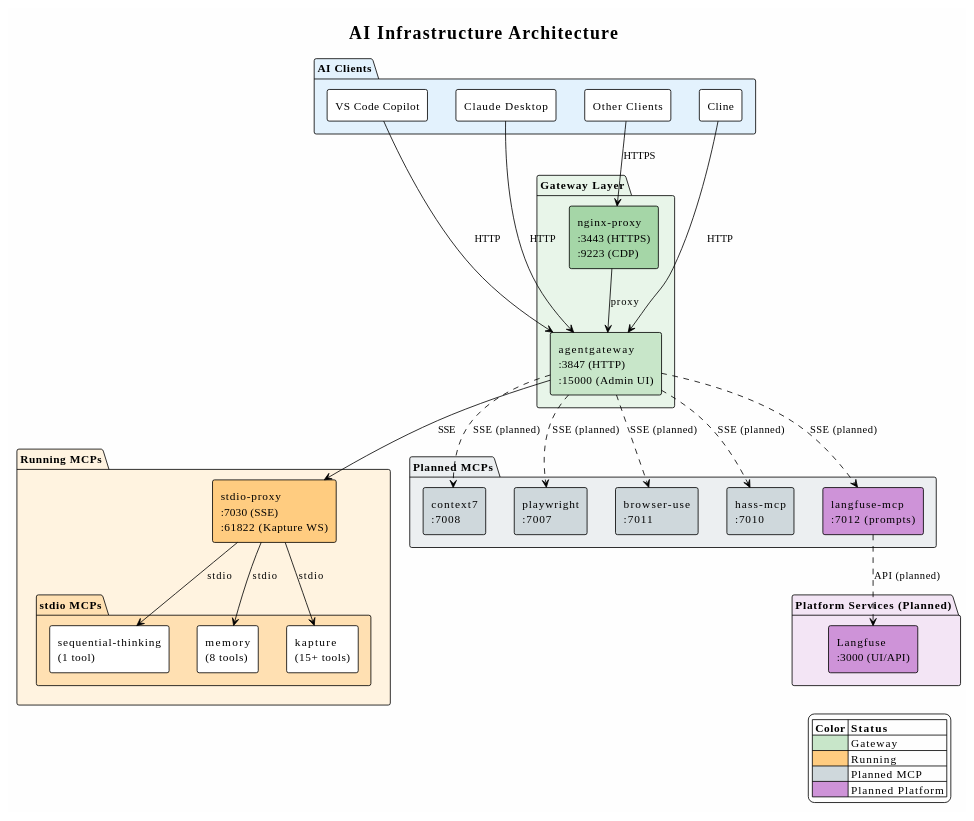
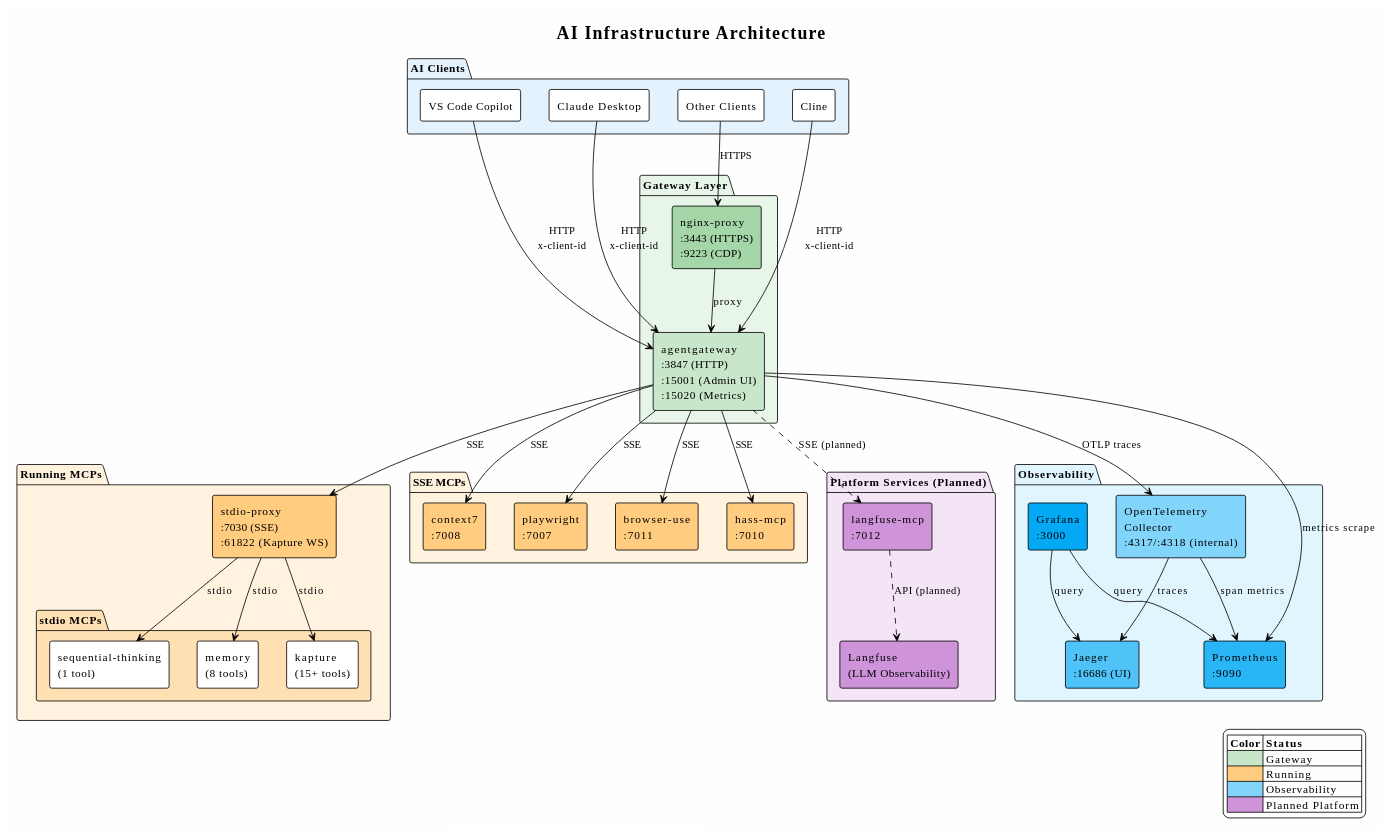
The first of 2 diagrams in README.md (bobthearsonist/ai-infrastructure), drawn with PlantUML before and after one commit. The commit also changed other lines of this file and 3 other files, not shown here.

First line of the commit message:
docs: update README with accurate MCP status and observability stack

```diff
--- a/README.md
+++ b/README.md
@@ -23,7 +23,7 @@
 
 ' === Gateway Layer ===
 package "Gateway Layer" as gateway_layer #E8F5E9 {
-  component "agentgateway\n:3847 (HTTP)\n:15000 (Admin UI)" as agentgateway #C8E6C9
+  component "agentgateway\n:3847 (HTTP)\n:15001 (Admin UI)\n:15020 (Metrics)" as agentgateway #C8E6C9
   component "nginx-proxy\n:3443 (HTTPS)\n:9223 (CDP)" as nginx #A5D6A7
 }
 
@@ -38,25 +38,33 @@
   }
 }
 
-' === MCP Backends - Planned ===
-package "Planned MCPs" as planned #ECEFF1 {
-  [context7\n:7008] as context7 #CFD8DC
-  [playwright\n:7007] as playwright #CFD8DC
-  [browser-use\n:7011] as browser_use #CFD8DC
-  [hass-mcp\n:7010] as hass_mcp #CFD8DC
-  [langfuse-mcp\n:7012 (prompts)] as langfuse_mcp #CE93D8
+' === SSE-based MCPs - Running ===
+package "SSE MCPs" as sse_mcps #FFF3E0 {
+  [context7\n:7008] as context7 #FFCC80
+  [playwright\n:7007] as playwright #FFCC80
+  [browser-use\n:7011] as browser_use #FFCC80
+  [hass-mcp\n:7010] as hass_mcp #FFCC80
 }
 
 ' === Platform Services ===
 package "Platform Services (Planned)" as platform #F3E5F5 {
-  [Langfuse\n:3000 (UI/API)] as langfuse #CE93D8
+  [Langfuse\n(LLM Observability)] as langfuse #CE93D8
+  [langfuse-mcp\n:7012] as langfuse_mcp #CE93D8
+}
+
+' === Observability Stack ===
+package "Observability" as observability #E1F5FE {
+  component "OpenTelemetry\nCollector\n:4317/:4318 (internal)" as otel #81D4FA
+  component "Jaeger\n:16686 (UI)" as jaeger #4FC3F7
+  component "Prometheus\n:9090" as prometheus #29B6F6
+  component "Grafana\n:3000" as grafana #03A9F4
 }
 
 ' === Connections ===
 ' Clients to Gateway
-vscode --> agentgateway : HTTP
-claude --> agentgateway : HTTP
-cline --> agentgateway : HTTP
+vscode --> agentgateway : HTTP\nx-client-id
+claude --> agentgateway : HTTP\nx-client-id
+cline --> agentgateway : HTTP\nx-client-id
 other --> nginx : HTTPS
 
 ' nginx to agentgateway
@@ -64,10 +72,10 @@
 
 ' agentgateway to MCPs
 agentgateway --> stdio_proxy : SSE
-agentgateway ..> context7 : SSE (planned)
-agentgateway ..> playwright : SSE (planned)
-agentgateway ..> browser_use : SSE (planned)
-agentgateway ..> hass_mcp : SSE (planned)
+agentgateway --> context7 : SSE
+agentgateway --> playwright : SSE
+agentgateway --> browser_use : SSE
+agentgateway --> hass_mcp : SSE
 agentgateway ..> langfuse_mcp : SSE (planned)
 
 ' stdio-proxy to stdio MCPs
@@ -78,12 +86,20 @@
 ' Langfuse MCP to Langfuse platform
 langfuse_mcp ..> langfuse : API (planned)
 
+' Observability connections
+agentgateway --> otel : OTLP traces
+otel --> jaeger : traces
+otel --> prometheus : span metrics
+agentgateway --> prometheus : metrics scrape
+grafana --> prometheus : query
+grafana --> jaeger : query
+
 ' Legend
 legend right
   |= Color |= Status |
   | <#C8E6C9> | Gateway |
   | <#FFCC80> | Running |
-  | <#CFD8DC> | Planned MCP |
+  | <#81D4FA> | Observability |
   | <#CE93D8> | Planned Platform |
 endlegend
 
```
